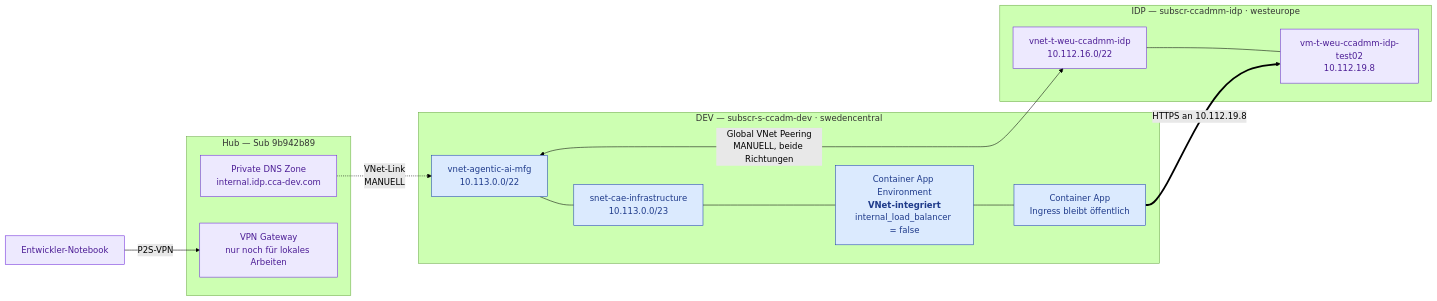
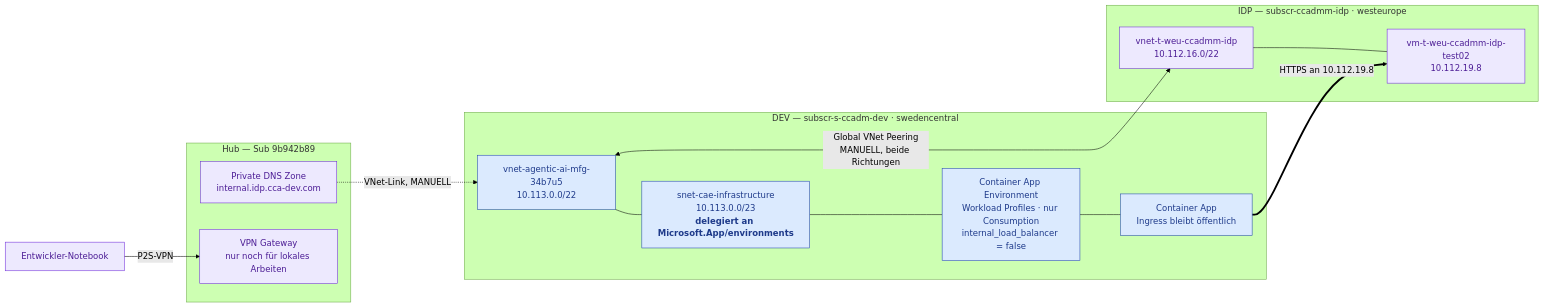
The second of 3 diagrams in docs/NETZWERKARCHITEKTUR.md (Ahmaad-dev/agentic-ai-mfg-infrastructure-terraform), drawn with Mermaid (forest theme) before and after one commit. The commit also changed other lines of this file and 2 other files, not shown here.

Commit message:
Update network and container app configurations to enforce subnet delegation for VNet integration and specify consumption workload profile

````diff
--- a/docs/NETZWERKARCHITEKTUR.md
+++ b/docs/NETZWERKARCHITEKTUR.md
@@ -110,31 +105,31 @@
 ```mermaid
 flowchart LR
     subgraph DEV["DEV — subscr-s-ccadm-dev · swedencentral"]
-        VNET["vnet-agentic-ai-mfg<br/>10.113.0.0/22"]
-        SNET["snet-cae-infrastructure<br/>10.113.0.0/23"]
-        CAE["Container App Environment<br/><b>VNet-integriert</b><br/>internal_load_balancer = false"]
+        VNET["vnet-agentic-ai-mfg-34b7u5<br/>10.113.0.0/22"]
+        SNET["snet-cae-infrastructure<br/>10.113.0.0/23<br/><b>delegiert an Microsoft.App/environments</b>"]
+        CAE["Container App Environment<br/>Workload Profiles · nur Consumption<br/>internal_load_balancer = false"]
         APP["Container App<br/>Ingress bleibt öffentlich"]
         VNET --- SNET --- CAE --- APP
     end
 
     subgraph IDP["IDP — subscr-ccadmm-idp · westeurope"]
         IVNET["vnet-t-weu-ccadmm-idp<br/>10.112.16.0/22"]
         VM["vm-t-weu-ccadmm-idp-test02<br/>10.112.19.8"]
         IVNET --- VM
     end
 
     subgraph HUB["Hub — Sub 9b942b89"]
         DNS["Private DNS Zone<br/>internal.idp.cca-dev.com"]
         GW["VPN Gateway<br/>nur noch für lokales Arbeiten"]
     end
 
     VNET <-->|"Global VNet Peering<br/>MANUELL, beide Richtungen"| IVNET
-    DNS -.->|"VNet-Link<br/>MANUELL"| VNET
+    DNS -.->|"VNet-Link, MANUELL"| VNET
     APP ==>|"HTTPS an 10.112.19.8"| VM
     NB["Entwickler-Notebook"] -->|"P2S-VPN"| GW
 
     classDef own fill:#dbeafe,stroke:#1e40af,color:#1e3a8a
     classDef ext fill:#ede9fe,stroke:#6d28d9,color:#4c1d95
     class VNET,SNET,CAE,APP own
     class IVNET,VM,DNS,GW,NB ext
 ```
````
